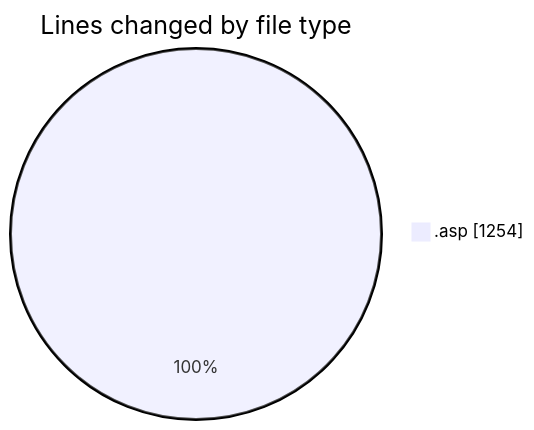
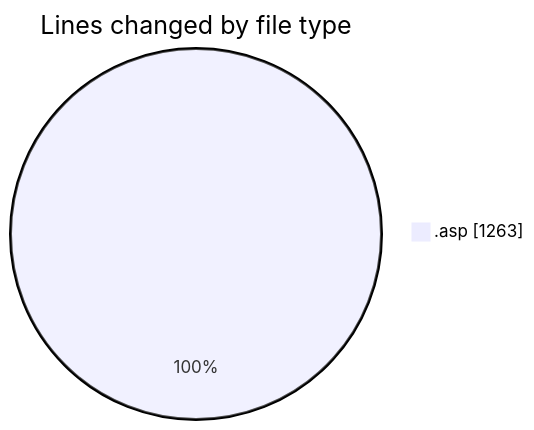
Before and after one commit to julien-gomy/code-tracking: the first of 2 diagrams in 2025-10-28/usr_aleoudev_fr__workspace_/README.md, drawn with Mermaid. The commit also changed other lines of this file and 1 other file, not shown here.

````diff
--- a/2025-10-28/usr_aleoudev_fr__workspace_/README.md
+++ b/2025-10-28/usr_aleoudev_fr__workspace_/README.md
@@ -25,5 +25,5 @@
 ```mermaid
 pie showData
 title Lines changed by file type
-".asp" : 1254
+".asp" : 1263
 ```
````
